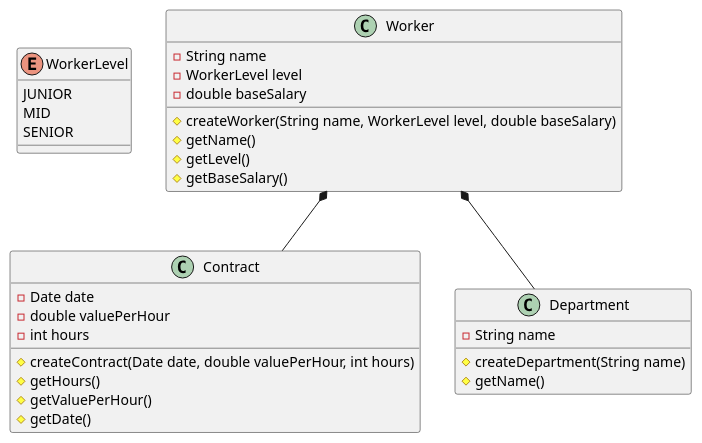
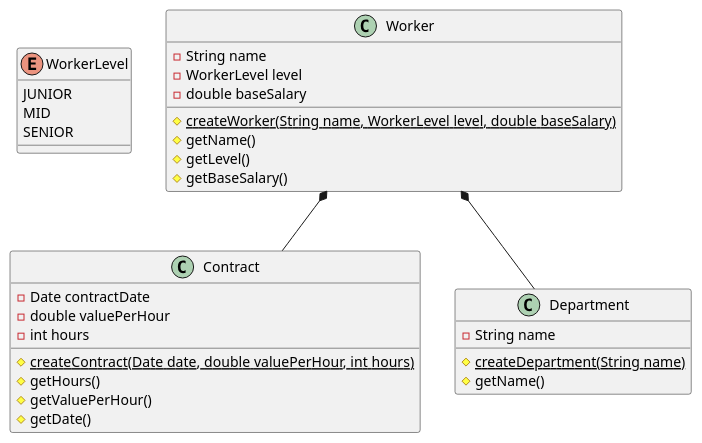
The diagram in docs/class.plantuml (abelsouzacosta/Composition-Example-Java), drawn with PlantUML before and after one commit.

Commit message:
[docs]: adding static attributes

```diff
--- a/docs/class.plantuml
+++ b/docs/class.plantuml
@@ -1,37 +1,37 @@
 @startuml
 
 enum WorkerLevel {
     JUNIOR
     MID
     SENIOR
 }
 
 class Worker {
     - String name
     - WorkerLevel level
     - double baseSalary
-    # createWorker(String name, WorkerLevel level, double baseSalary)
+    # {static} createWorker(String name, WorkerLevel level, double baseSalary)
     # getName()
     # getLevel()
     # getBaseSalary()
 }
 
 class Contract {
-    - Date date
+    - Date contractDate
     - double valuePerHour
     - int hours
-    # createContract(Date date, double valuePerHour, int hours)
+    # {static} createContract(Date date, double valuePerHour, int hours)
     # getHours()
     # getValuePerHour()
     # getDate()
 }
 
 class Department {
     - String name
-    # createDepartment(String name)
+    # {static} createDepartment(String name)
     # getName()
 }
 
 Worker *-- Department
 Worker *-- Contract
 @enduml
```
